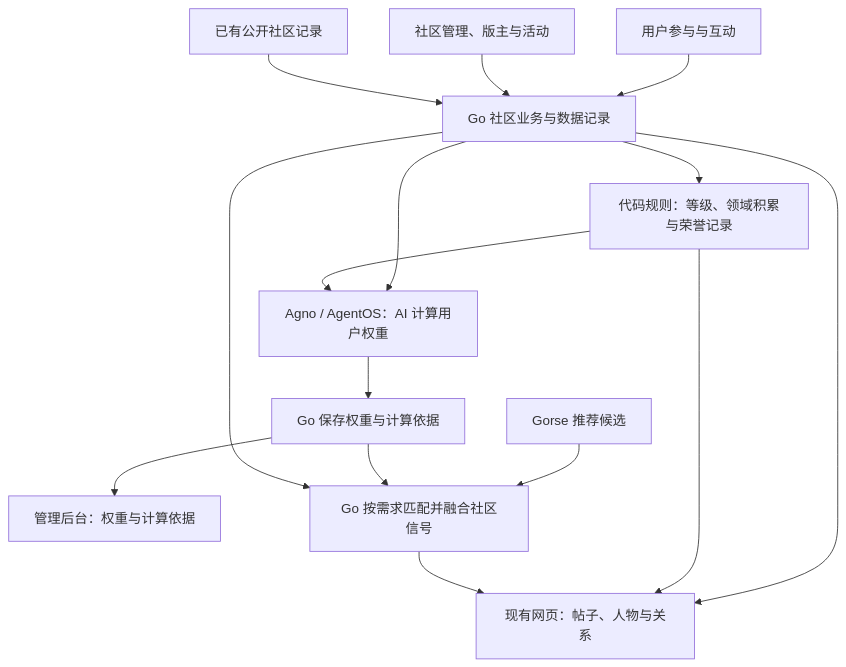
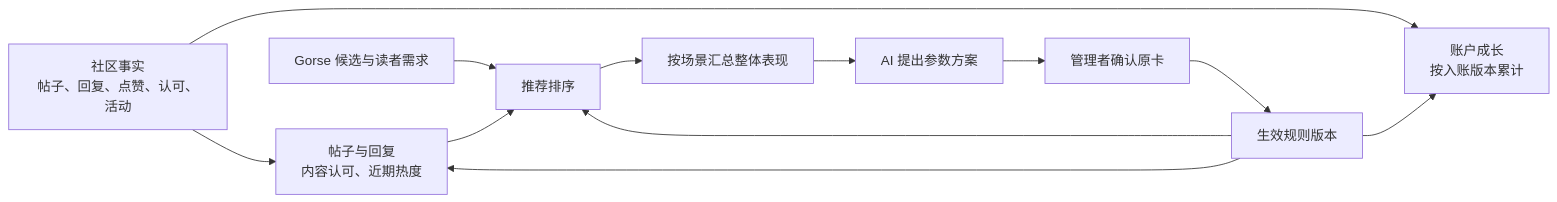
Before and after one commit to agigalaxy-team/agigalaxy: the diagram in docs/technical/community-growth-and-reputation.md, drawn with Mermaid. The commit also changed other lines of this file and 108 other files, not shown here.

````diff
--- a/docs/technical/community-growth-and-reputation.md
+++ b/docs/technical/community-growth-and-reputation.md
@@ -73,17 +19,14 @@
 ```mermaid
-flowchart TD
-    U[用户参与与互动] --> B[Go 社区业务与数据记录]
-    M[社区管理、版主与活动] --> B
-    O[已有公开社区记录] --> B
-    B --> G[代码规则：等级、领域积累与荣誉记录]
-    B --> A[Agno / AgentOS：AI 计算用户权重]
-    G --> A
-    A --> W[Go 保存权重与计算依据]
-    B --> V[现有网页：帖子、人物与关系]
-    G --> V
-    W --> T[管理后台：权重与计算依据]
-    C[Gorse 推荐候选] --> R[Go 按需求匹配并融合社区信号]
-    W --> R
-    B --> R
-    R --> V
+flowchart LR
+    F["社区事实<br/>帖子、回复、点赞、认可、活动"] --> U["账户成长<br/>按入账版本累计"]
+    F --> P["帖子与回复<br/>内容认可、近期热度"]
+    G["Gorse 候选与读者需求"] --> R["推荐排序"]
+    P --> R
+    R --> S["按场景汇总整体表现"]
+    S --> A["AI 提出参数方案"]
+    A --> M["管理者确认原卡"]
+    M --> V["生效规则版本"]
+    V --> U
+    V --> P
+    V --> R
 ```
````
